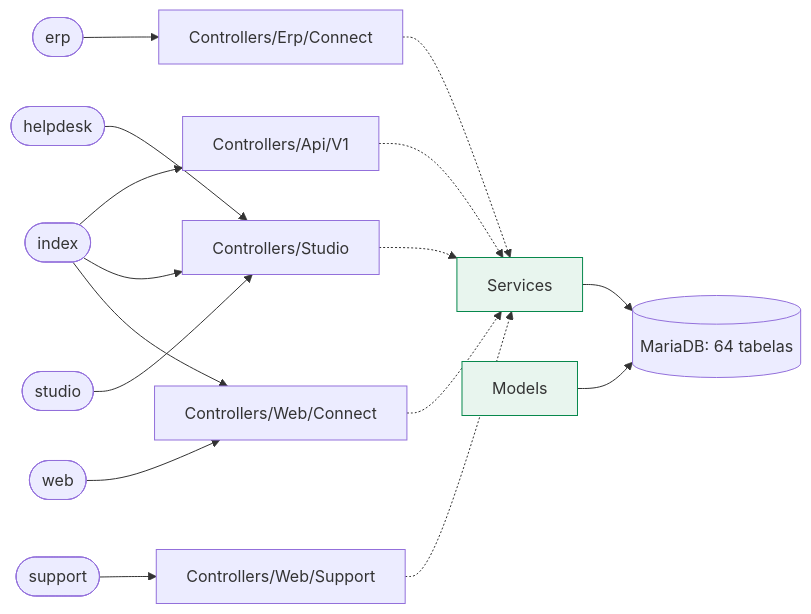
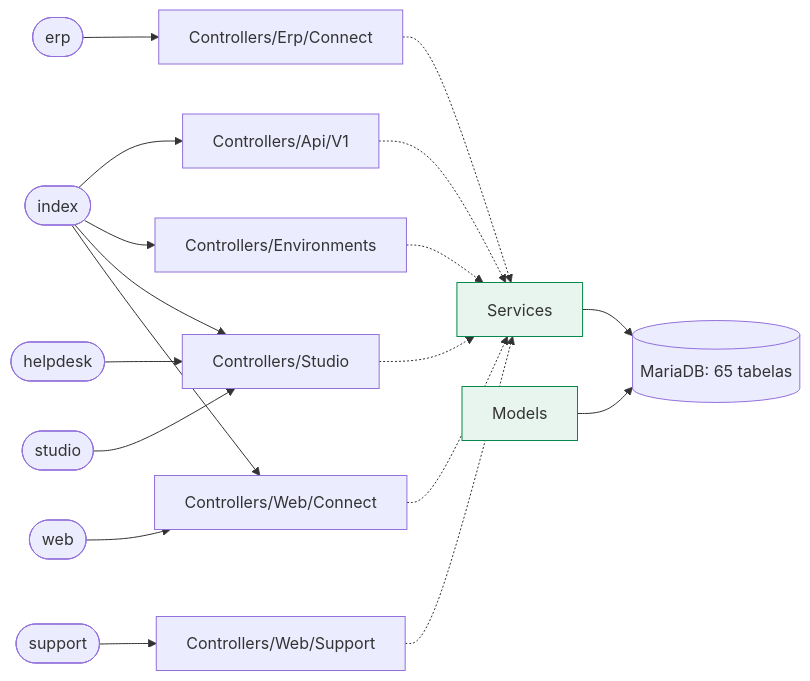
Before and after one commit to djalmamartins/connect-erp: the first of 2 diagrams in docs/map/README.md, drawn with Mermaid. The commit also changed other lines of this file and 33 other files, not shown here.

````diff
--- a/docs/map/README.md
+++ b/docs/map/README.md
@@ -13,28 +13,30 @@
 ```mermaid
 flowchart LR
   env_erp(["erp"])
   env_erp --> pkg_Controllers_Erp_Connect["Controllers/Erp/Connect"]
   env_helpdesk(["helpdesk"])
   env_helpdesk --> pkg_Controllers_Studio["Controllers/Studio"]
   env_index(["index"])
   env_index --> pkg_Controllers_Api_V1["Controllers/Api/V1"]
+  env_index --> pkg_Controllers_Environments["Controllers/Environments"]
   env_index --> pkg_Controllers_Studio["Controllers/Studio"]
   env_index --> pkg_Controllers_Web_Connect["Controllers/Web/Connect"]
   env_studio(["studio"])
   env_studio --> pkg_Controllers_Studio["Controllers/Studio"]
   env_support(["support"])
   env_support --> pkg_Controllers_Web_Support["Controllers/Web/Support"]
   env_web(["web"])
   env_web --> pkg_Controllers_Web_Connect["Controllers/Web/Connect"]
   pkg_svc["Services"]:::svc
   pkg_mdl["Models"]:::svc
-  db[("MariaDB: 64 tabelas")]
+  db[("MariaDB: 65 tabelas")]
   pkg_Controllers_Api_V1 -.-> pkg_svc
+  pkg_Controllers_Environments -.-> pkg_svc
   pkg_Controllers_Erp_Connect -.-> pkg_svc
   pkg_Controllers_Studio -.-> pkg_svc
   pkg_Controllers_Web_Connect -.-> pkg_svc
   pkg_Controllers_Web_Support -.-> pkg_svc
   pkg_svc --> db
   pkg_mdl --> db
   classDef svc fill:#e8f5ee,stroke:#07884c
 ```
````
